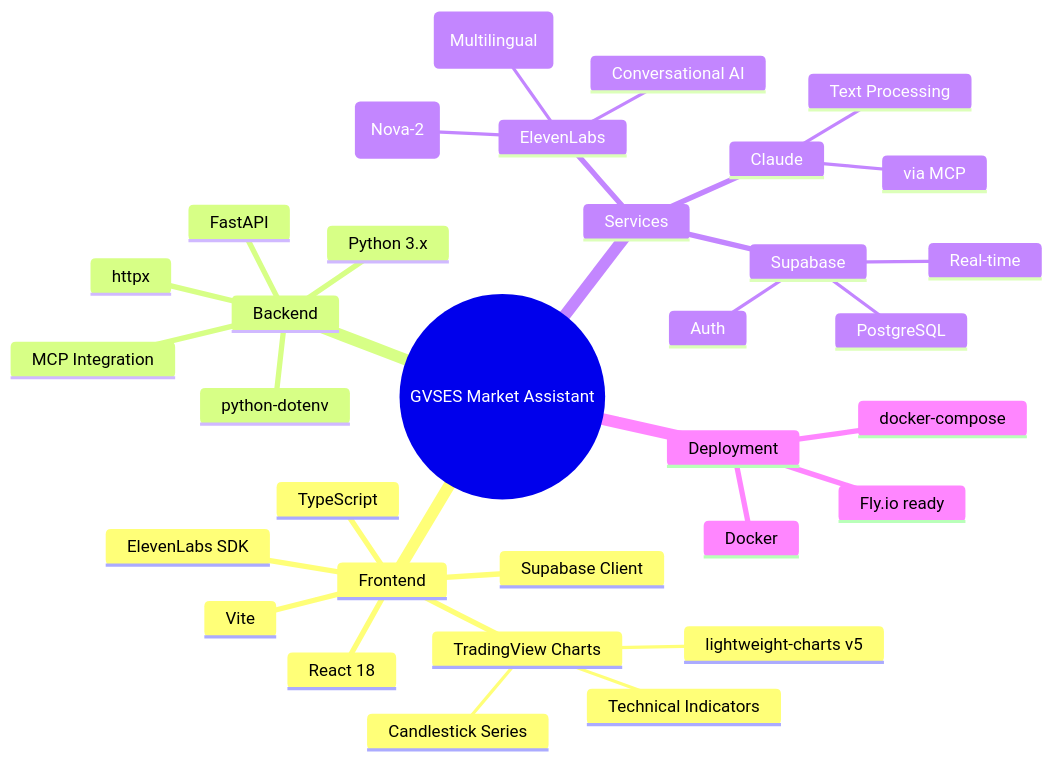
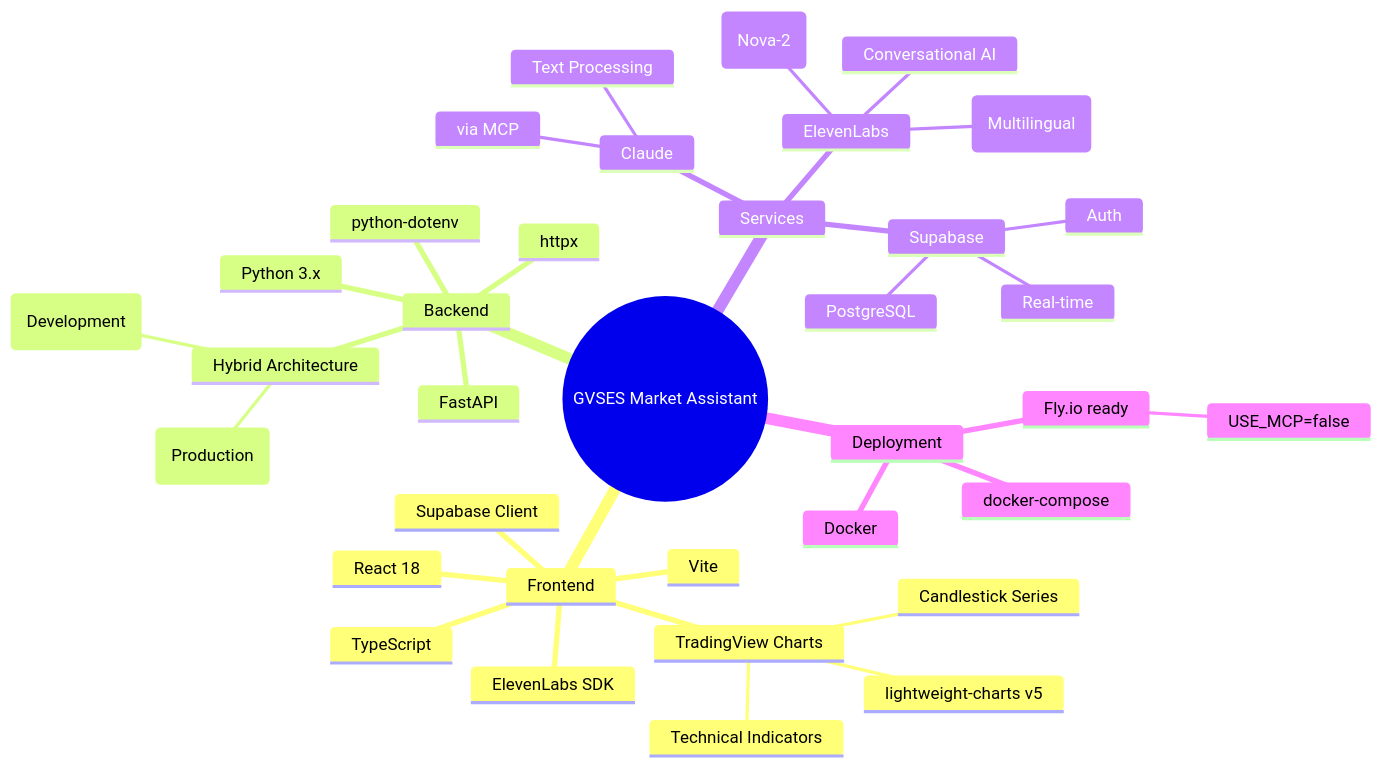
One commit to ChipsMetaverse/gvses-market-insights changed diagram 19 of 27 in mermaid.md. Above: the diagram before and after it, drawn with Mermaid. The commit also changed other lines of this file and 40 other files, not shown here.

````diff
--- a/mermaid.md
+++ b/mermaid.md
@@ -248,36 +698,39 @@
 ```mermaid
 mindmap
   root((GVSES Market Assistant))
     Frontend
       React 18
       TypeScript
       Vite
       TradingView Charts
         lightweight-charts v5
         Candlestick Series
         Technical Indicators
       ElevenLabs SDK
       Supabase Client
     Backend
       FastAPI
       Python 3.x
       httpx
       python-dotenv
-      MCP Integration
+      Hybrid Architecture
+        Direct API (Production)
+        MCP Integration (Development)
     Services
       ElevenLabs
         Conversational AI
         ASR (Nova-2)
         TTS (Multilingual)
       Claude
         via MCP
         Text Processing
       Supabase
         PostgreSQL
         Real-time
         Auth
     Deployment
       Docker
       docker-compose
       Fly.io ready
+        USE_MCP=false
 ```
````
